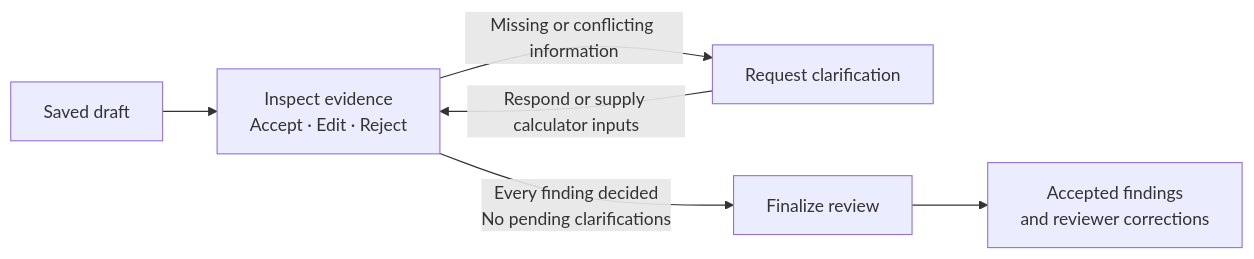
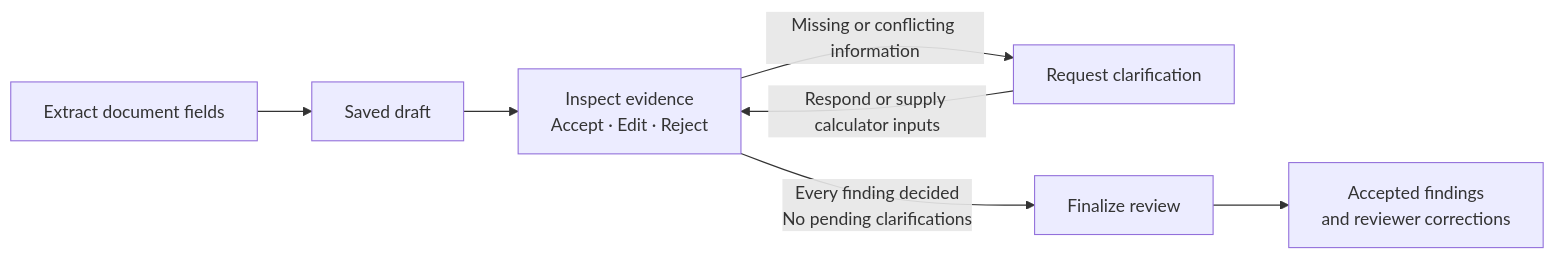
One commit to anushacodes/apollo-healthcare-agent changed the second of 4 diagrams in README.md. Above: the diagram before and after it, drawn with Mermaid. The commit also changed other lines of this file and 9 other files, not shown here.

````diff
--- a/README.md
+++ b/README.md
@@ -58,8 +59,9 @@
 ```mermaid
 flowchart LR
+    extract["Extract document fields"] --> draft
     draft["Saved draft"] --> review["Inspect evidence<br/>Accept · Edit · Reject"]
     review -->|Missing or conflicting information| clarification["Request clarification"]
     clarification -->|Respond or supply calculator inputs| review
     review -->|Every finding decided<br/>No pending clarifications| finalized["Finalize review"]
     finalized --> output["Accepted findings<br/>and reviewer corrections"]
 ```
````
